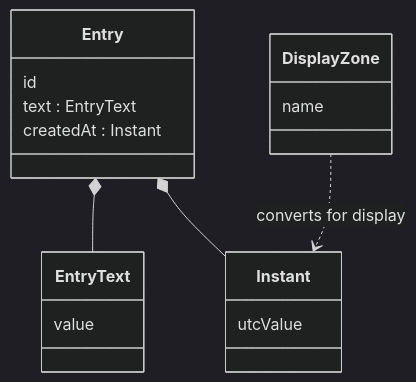
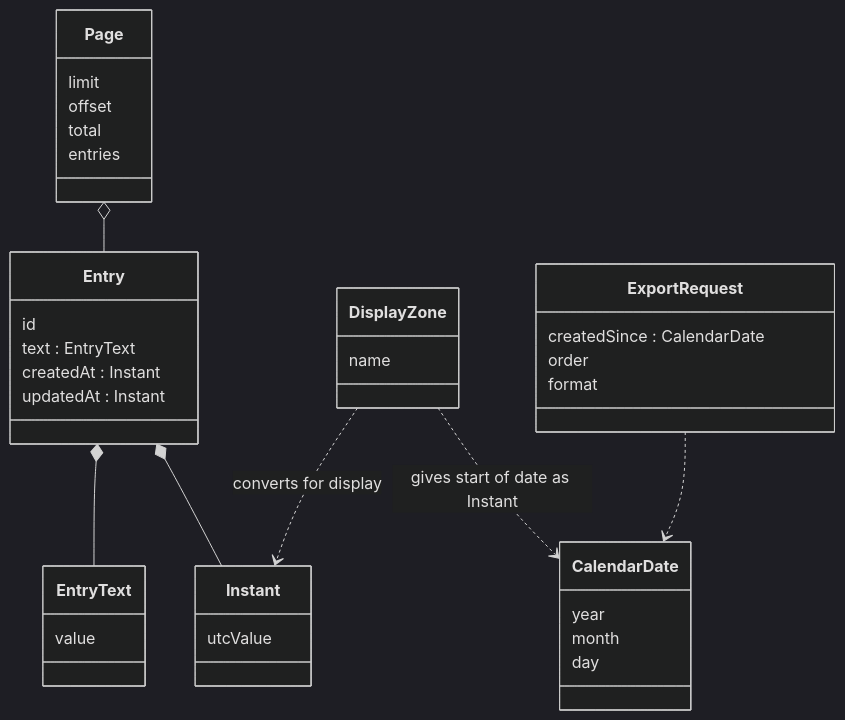
Before and after one commit to nafiz1001/diary: the diagram in specs/03-architecture/domain-model.md, drawn with Mermaid (dark theme). The commit also changed other lines of this file and 3 other files, not shown here.

````diff
--- a/specs/03-architecture/domain-model.md
+++ b/specs/03-architecture/domain-model.md
@@ -5,20 +5,40 @@
 ```mermaid
 classDiagram
     class Entry {
         id
         text : EntryText
         createdAt : Instant
+        updatedAt : Instant
     }
     class EntryText {
         value
     }
     class Instant {
         utcValue
     }
     class DisplayZone {
         name
     }
+    class Page {
+        limit
+        offset
+        total
+        entries
+    }
+    class ExportRequest {
+        createdSince : CalendarDate
+        order
+        format
+    }
+    class CalendarDate {
+        year
+        month
+        day
+    }
     Entry *-- EntryText
     Entry *-- Instant
     DisplayZone ..> Instant : converts for display
+    DisplayZone ..> CalendarDate : gives start of date as Instant
+    Page o-- Entry
+    ExportRequest ..> CalendarDate
 ```
````
